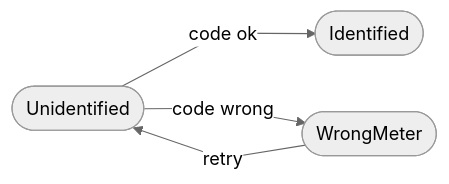
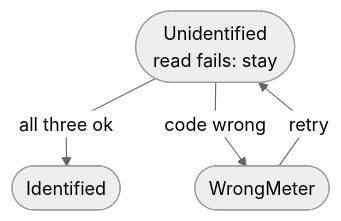
The second of 4 diagrams in docs/design/modbus-tcp-driver/design.md (jar-toiv/iot-testialusta), drawn with Mermaid before and after one commit. The commit also changed other lines of this file, not shown here.

````diff
--- a/docs/design/modbus-tcp-driver/design.md
+++ b/docs/design/modbus-tcp-driver/design.md
@@ -128,7 +106,7 @@
 ```mermaid
 %%{init: {'theme':'neutral', 'flowchart': {'curve':'linear'}}}%%
-flowchart LR
-    U([Unidentified]) -- code ok --> I([Identified])
+flowchart TB
+    U([Unidentified<br/>read fails: stay]) -- all three ok --> I([Identified])
     U -- code wrong --> W([WrongMeter])
     W -- retry --> U
 ```
````
